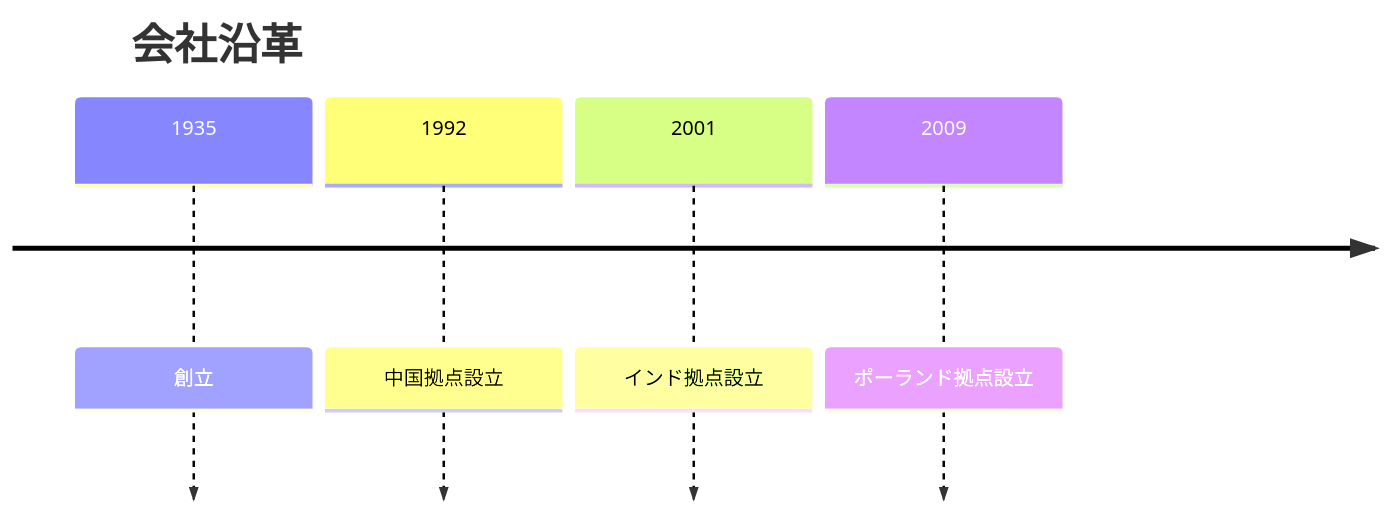
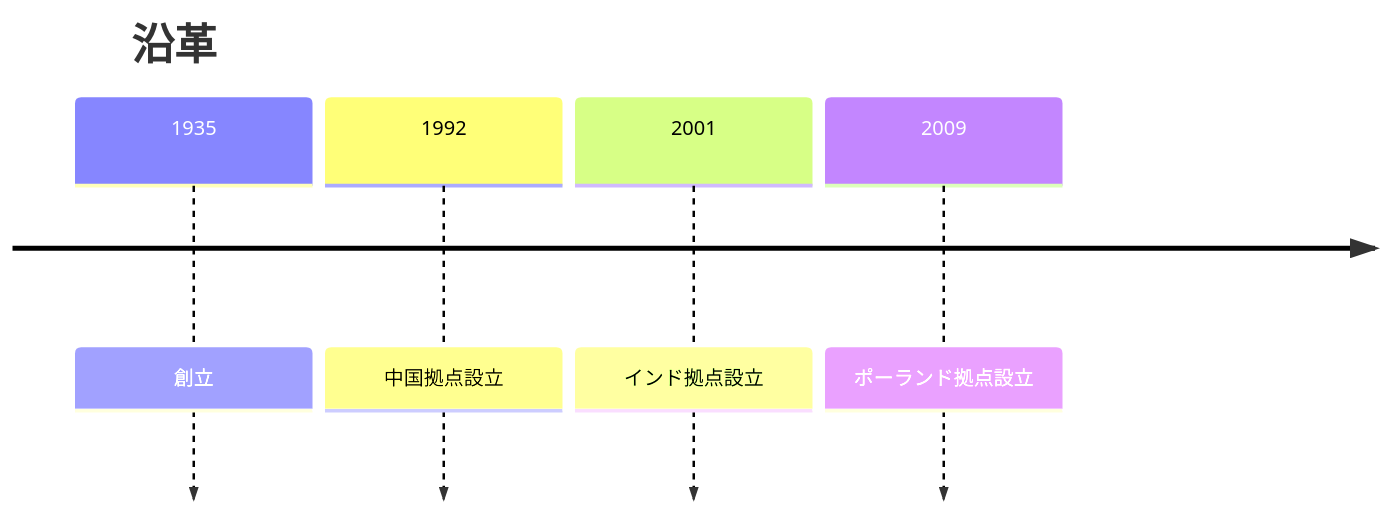
One commit to sgtao/skill-web-to-markdown-ja changed the fourth of 6 diagrams in pdf-to-md-ja/references/mermaid_patterns.md. Above: the diagram before and after it, drawn with Mermaid. The commit also changed other lines of this file and 11 other files, not shown here.

````diff
--- a/pdf-to-md-ja/references/mermaid_patterns.md
+++ b/pdf-to-md-ja/references/mermaid_patterns.md
@@ -69,8 +69,8 @@
 ```mermaid
 timeline
-  title 会社沿革
+  title 沿革
   1935 : 創立
   1992 : 中国拠点設立
   2001 : インド拠点設立
   2009 : ポーランド拠点設立
 ```
````
